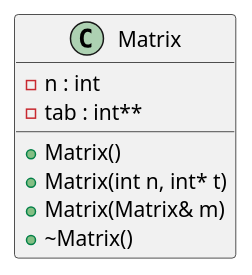
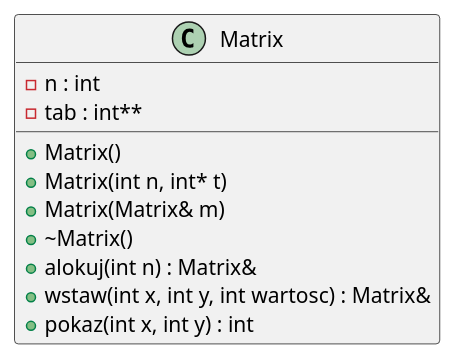
The diagram in inline_umlgraph_pnghtml.pu (kluchoo/Matrix), drawn with PlantUML before and after one commit. The commit also changed 19 other files, not shown here.

```diff
--- a/inline_umlgraph_pnghtml.pu
+++ b/inline_umlgraph_pnghtml.pu
@@ -1,11 +1,14 @@
 @startuml inline_umlgraph_1.png
 class Matrix {
 -n : int
 -tab : int**
 +Matrix()
 +Matrix(int n, int* t)
 +Matrix(Matrix& m)
 +~Matrix()
++alokuj(int n) : Matrix&
++wstaw(int x, int y, int wartosc) : Matrix&
++pokaz(int x, int y) : int
 
 }
 @enduml
```
